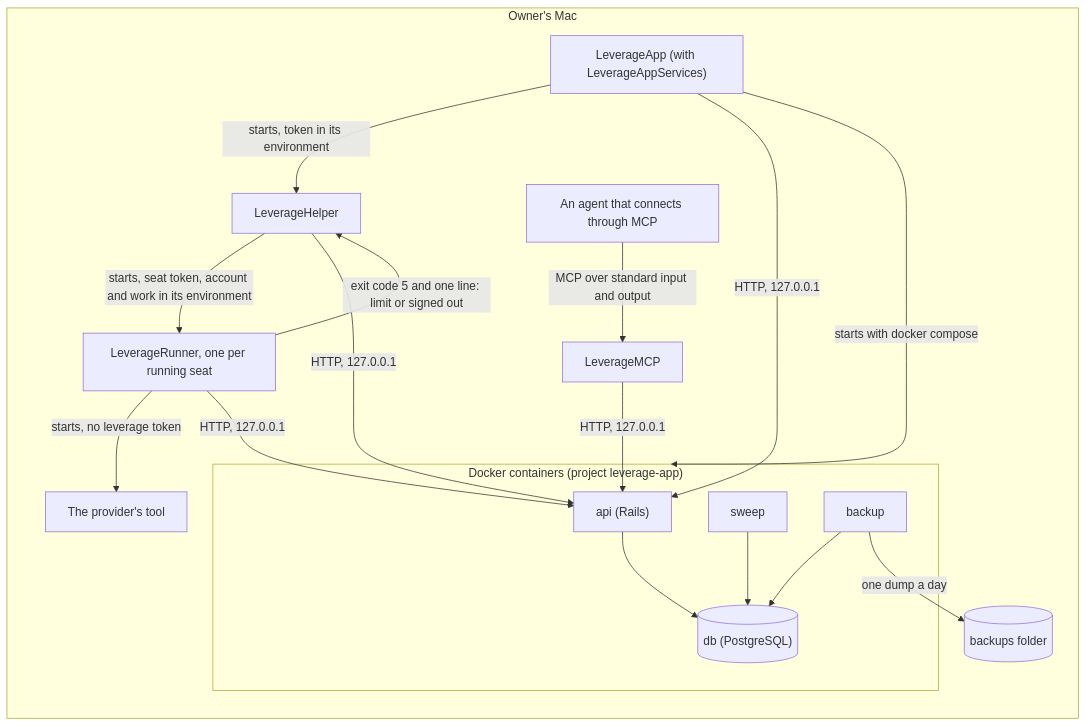
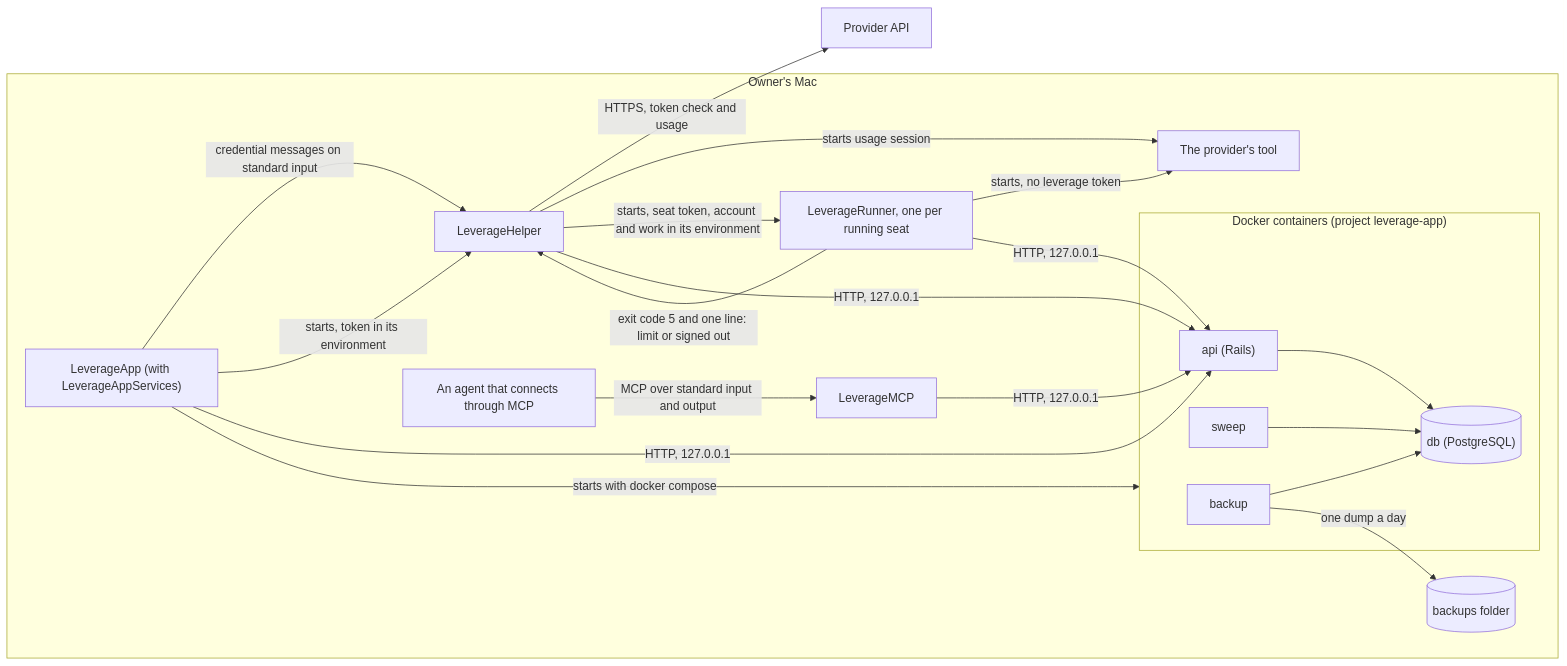
One commit to yuric/leverage changed the diagram in docs/ARCHITECTURE.md. Above: the diagram before and after it, drawn with Mermaid. The commit also changed other lines of this file and 8 other files, not shown here.

````diff
--- a/docs/ARCHITECTURE.md
+++ b/docs/ARCHITECTURE.md
@@ -304,32 +304,36 @@
 ```mermaid
 flowchart LR
   subgraph mac["Owner's Mac"]
     app["LeverageApp (with LeverageAppServices)"]
     helper["LeverageHelper"]
     runner["LeverageRunner, one per running seat"]
     tool["The provider's tool"]
     client["An agent that connects through MCP"]
     mcp["LeverageMCP"]
     backups[("backups folder")]
     subgraph docker["Docker containers (project leverage-app)"]
       api["api (Rails)"]
       sweep["sweep"]
       backup["backup"]
       db[("db (PostgreSQL)")]
     end
   end
+  providerApi["Provider API"]
   app -- "starts with docker compose" --> docker
+  app -- "credential messages on standard input" --> helper
+  helper -- "HTTPS, token check and usage" --> providerApi
+  helper -- "starts usage session" --> tool
   app -- "starts, token in its environment" --> helper
   helper -- "starts, seat token, account and work in its environment" --> runner
   runner -- "exit code 5 and one line: limit or signed out" --> helper
   runner -- "starts, no leverage token" --> tool
   app -- "HTTP, 127.0.0.1" --> api
   helper -- "HTTP, 127.0.0.1" --> api
   runner -- "HTTP, 127.0.0.1" --> api
   client -- "MCP over standard input and output" --> mcp
   mcp -- "HTTP, 127.0.0.1" --> api
   api --> db
   sweep --> db
   backup --> db
   backup -- "one dump a day" --> backups
 ```
````
